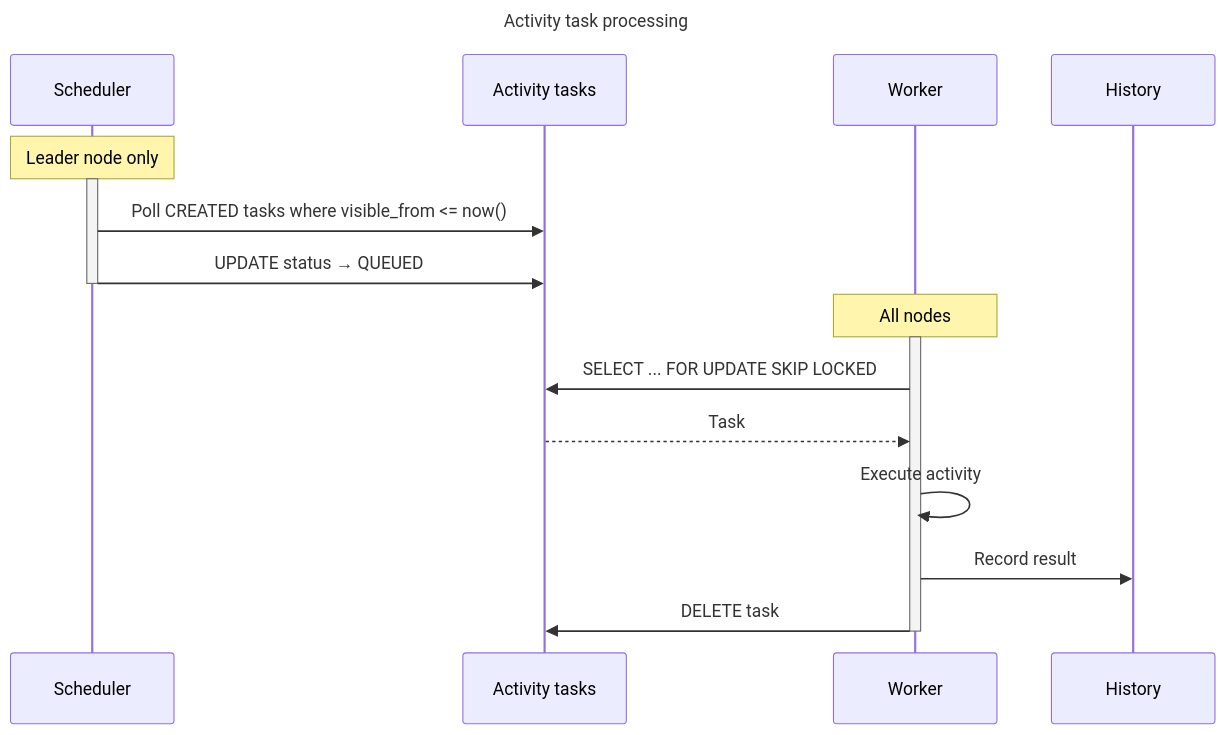
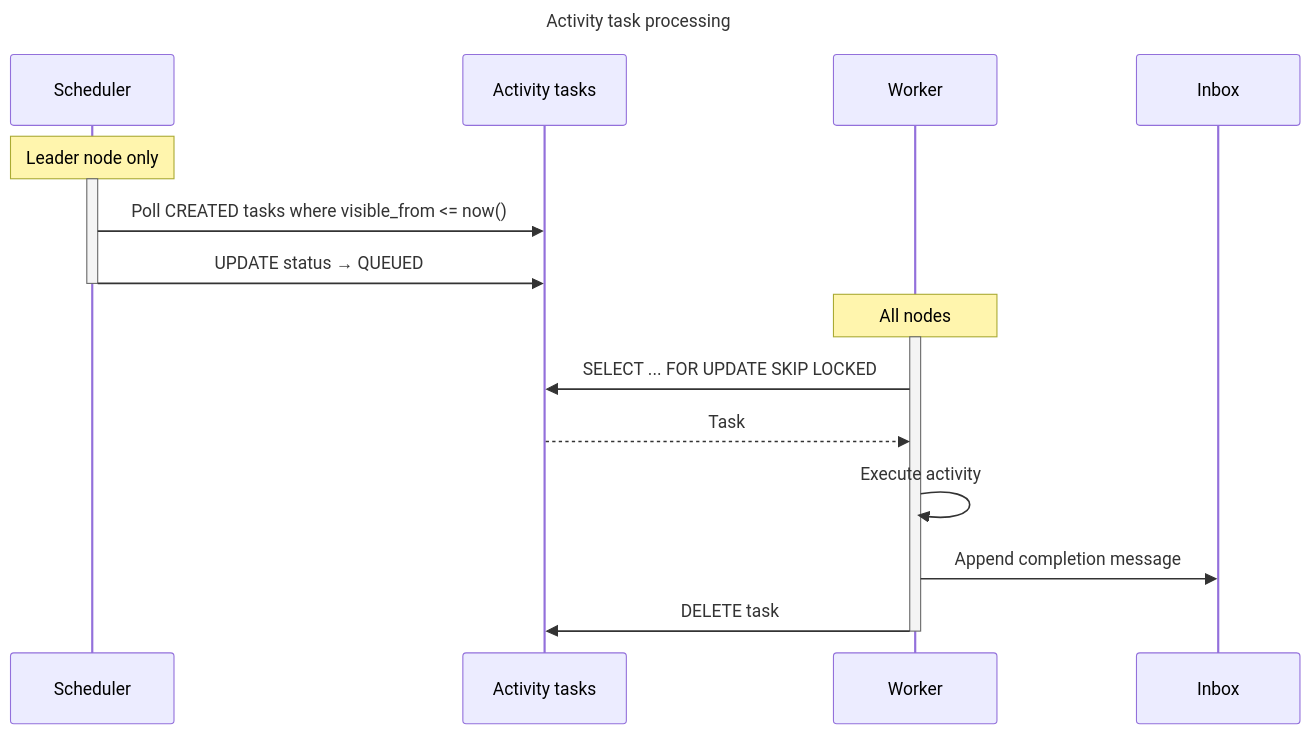
The fifth of 6 diagrams in docs/concepts/architecture/design/durable-execution.md (DependencyTrack/docs), drawn with Mermaid before and after one commit. The commit also changed other lines of this file and 1 other file, not shown here.

````diff
--- a/docs/concepts/architecture/design/durable-execution.md
+++ b/docs/concepts/architecture/design/durable-execution.md
@@ -379,25 +488,25 @@
 ```mermaid
 ---
 title: Activity task processing
 ---
 sequenceDiagram
     participant S as Scheduler
     participant T as Activity tasks
     participant W as Worker
-    participant H as History
+    participant I as Inbox
 
     Note over S: Leader node only
     activate S
     S ->> T: Poll CREATED tasks where visible_from <= now()
     S ->> T: UPDATE status → QUEUED
     deactivate S
 
     Note over W: All nodes
     activate W
     W ->> T: SELECT ... FOR UPDATE SKIP LOCKED
     T -->> W: Task
     W ->> W: Execute activity
-    W ->> H: Record result
+    W ->> I: Append completion message
     W ->> T: DELETE task
     deactivate W
 ```
````
